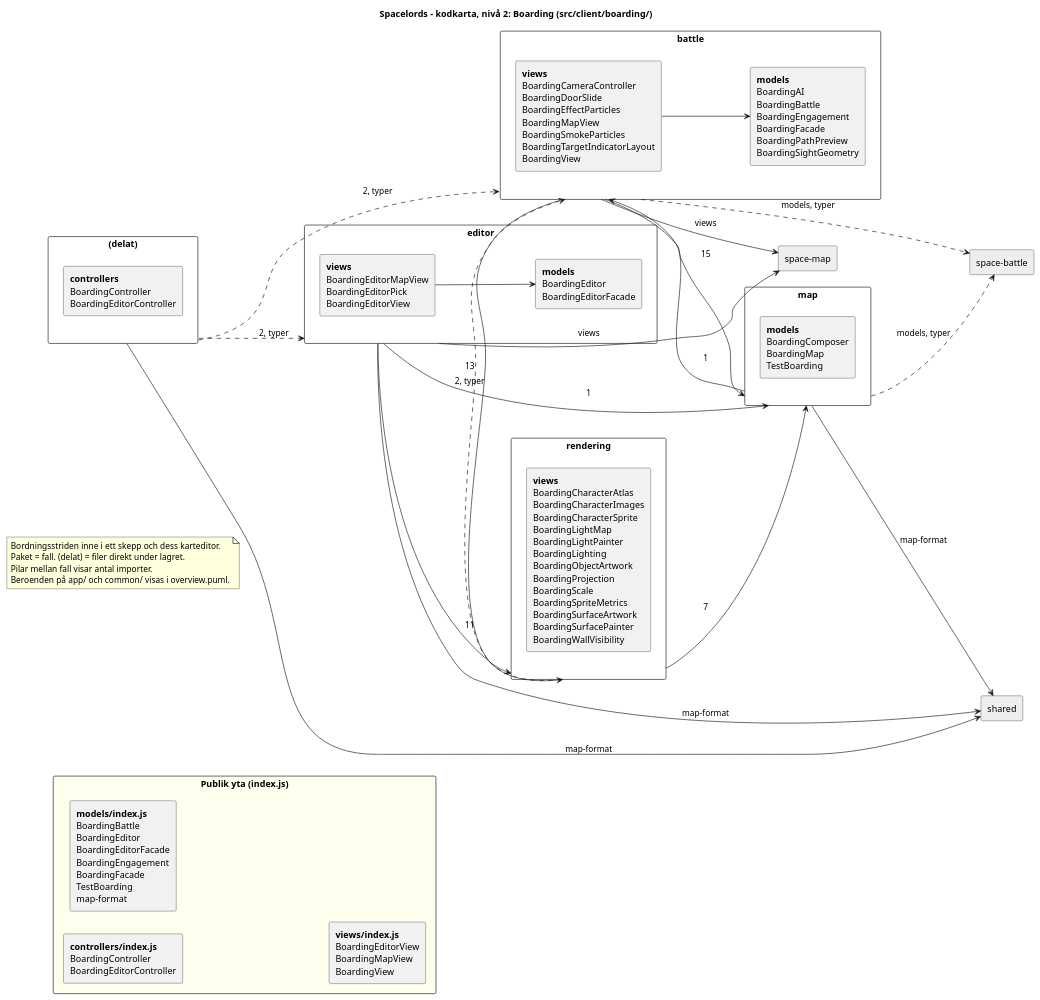
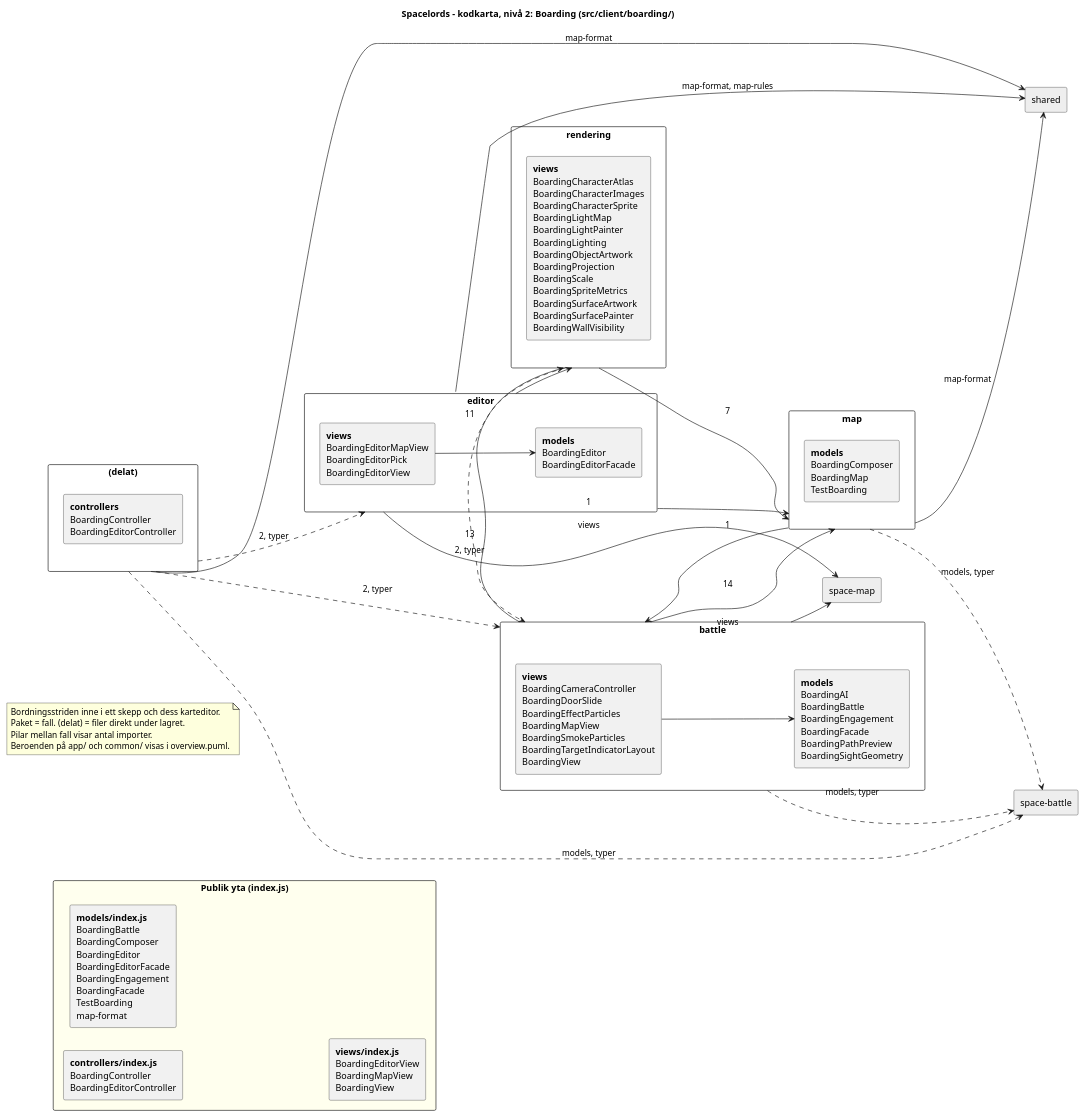
Before and after one commit to dntoll/spacelords: the diagram in docs/architecture/boarding.puml, drawn with PlantUML. The commit also changed 52 other files, not shown here.

```diff
--- a/docs/architecture/boarding.puml
+++ b/docs/architecture/boarding.puml
@@ -1,57 +1,58 @@
 @startuml
 ' Generated by scripts/architecture-map.mjs from architecture.config.mjs and
 ' the imports in src/. Do not edit by hand; run npm run architecture:map.
 title Spacelords – kodkarta, nivå 2: Boarding (src/client/boarding/)
 skinparam packageStyle rectangle
 skinparam shadowing false
 left to right direction
 note as about
   Bordningsstriden inne i ett skepp och dess karteditor.
   Paket = fall. (delat) = filer direkt under lagret.
   Pilar mellan fall visar antal importer.
   Beroenden på app/ och common/ visas i overview.puml.
 end note
 package "Publik yta (index.js)" as public_surface #FFFFEE {
   rectangle "<b>controllers/index.js</b>\nBoardingController\nBoardingEditorController" as public__controllers
-  rectangle "<b>models/index.js</b>\nBoardingBattle\nBoardingEditor\nBoardingEditorFacade\nBoardingEngagement\nBoardingFacade\nTestBoarding\nmap-format" as public__models
+  rectangle "<b>models/index.js</b>\nBoardingBattle\nBoardingComposer\nBoardingEditor\nBoardingEditorFacade\nBoardingEngagement\nBoardingFacade\nTestBoarding\nmap-format" as public__models
   rectangle "<b>views/index.js</b>\nBoardingEditorView\nBoardingMapView\nBoardingView" as public__views
 }
 package "(delat)" as boarding___delat_ {
   rectangle "<b>controllers</b>\nBoardingController\nBoardingEditorController" as boarding___delat___controllers
 }
 package "battle" as boarding__battle {
   rectangle "<b>models</b>\nBoardingAI\nBoardingBattle\nBoardingEngagement\nBoardingFacade\nBoardingPathPreview\nBoardingSightGeometry" as boarding__battle__models
   rectangle "<b>views</b>\nBoardingCameraController\nBoardingDoorSlide\nBoardingEffectParticles\nBoardingMapView\nBoardingSmokeParticles\nBoardingTargetIndicatorLayout\nBoardingView" as boarding__battle__views
 }
 package "editor" as boarding__editor {
   rectangle "<b>models</b>\nBoardingEditor\nBoardingEditorFacade" as boarding__editor__models
   rectangle "<b>views</b>\nBoardingEditorMapView\nBoardingEditorPick\nBoardingEditorView" as boarding__editor__views
 }
 package "map" as boarding__map {
   rectangle "<b>models</b>\nBoardingComposer\nBoardingMap\nTestBoarding" as boarding__map__models
 }
 package "rendering" as boarding__rendering {
   rectangle "<b>views</b>\nBoardingCharacterAtlas\nBoardingCharacterImages\nBoardingCharacterSprite\nBoardingLightMap\nBoardingLightPainter\nBoardingLighting\nBoardingObjectArtwork\nBoardingProjection\nBoardingScale\nBoardingSpriteMetrics\nBoardingSurfaceArtwork\nBoardingSurfacePainter\nBoardingWallVisibility" as boarding__rendering__views
 }
 rectangle "shared" as ext__shared #EEEEEE
 rectangle "space-battle" as ext__space_battle #EEEEEE
 rectangle "space-map" as ext__space_map #EEEEEE
 boarding__battle__views --> boarding__battle__models
 boarding__editor__views --> boarding__editor__models
 boarding___delat_ ..> boarding__battle : 2, typer
 boarding___delat_ ..> boarding__editor : 2, typer
-boarding__battle --> boarding__map : 15
+boarding__battle --> boarding__map : 14
 boarding__battle --> boarding__rendering : 13
 boarding__editor --> boarding__map : 1
 boarding__editor --> boarding__rendering : 11
 boarding__map --> boarding__battle : 1
 boarding__rendering ..> boarding__battle : 2, typer
 boarding__rendering --> boarding__map : 7
 boarding___delat_ --> ext__shared : map-format
+boarding___delat_ ..> ext__space_battle : models, typer
 boarding__battle ..> ext__space_battle : models, typer
 boarding__battle --> ext__space_map : views
-boarding__editor --> ext__shared : map-format
+boarding__editor --> ext__shared : map-format, map-rules
 boarding__editor --> ext__space_map : views
 boarding__map --> ext__shared : map-format
 boarding__map ..> ext__space_battle : models, typer
 @enduml
```
